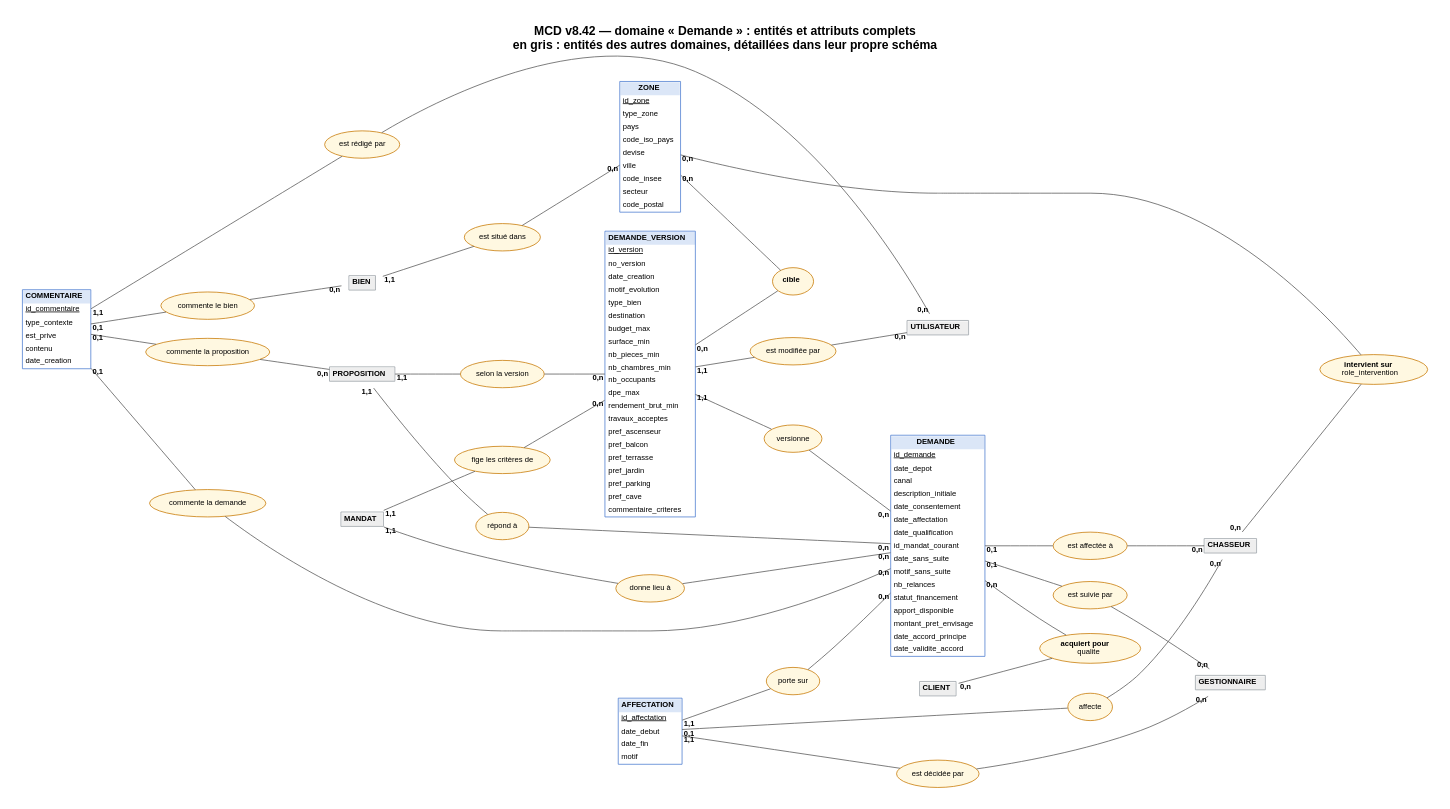
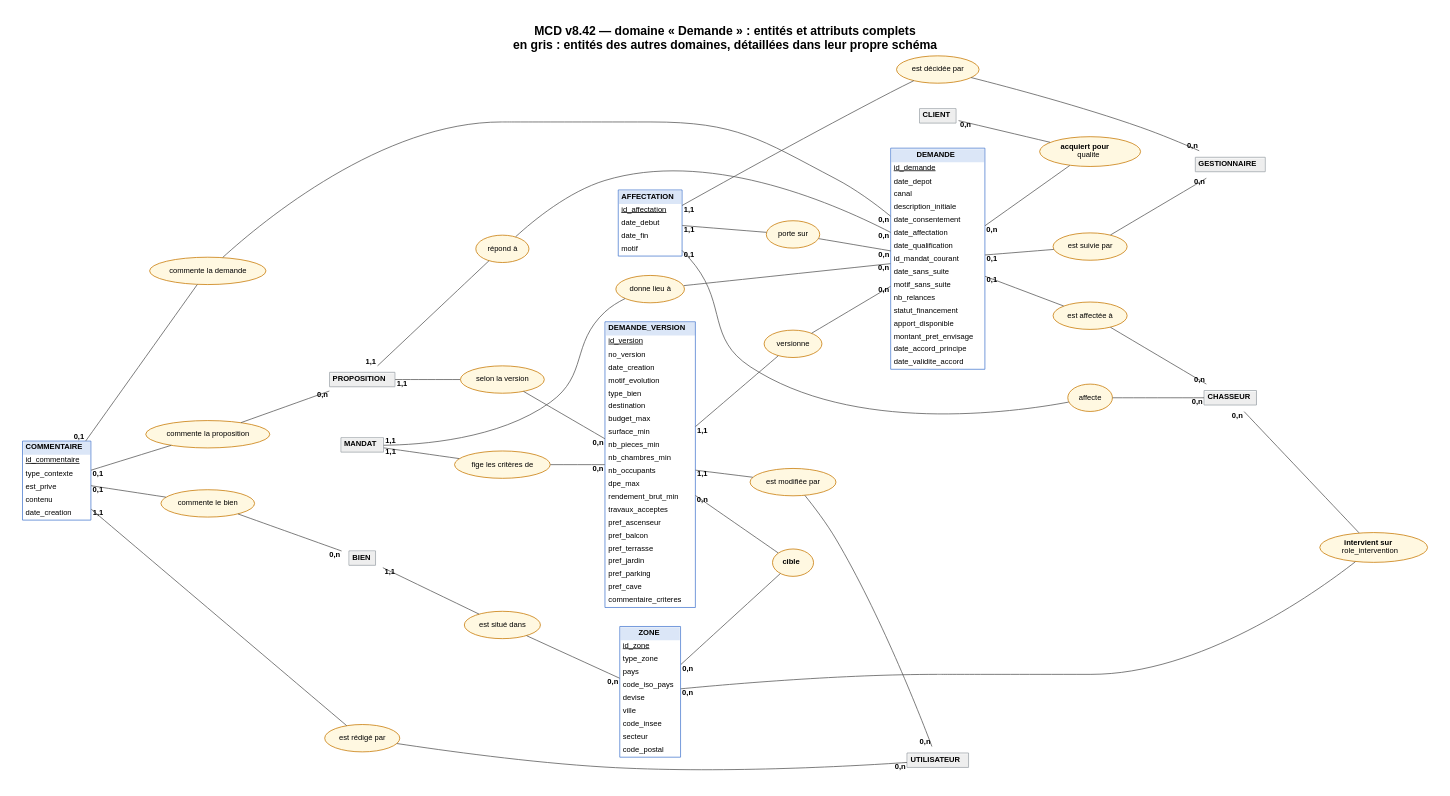
The diagram in livrables/documentation/merise/sources/mcd-demande.dot (Fil-Rouge-Big-Data/Fil-Rouge-EISI-Data-IA-26-D04-StarterPack), drawn with Graphviz before and after one commit. The commit also changed other lines of this file and 14 other files, not shown here.

```diff
--- a/livrables/documentation/merise/sources/mcd-demande.dot
+++ b/livrables/documentation/merise/sources/mcd-demande.dot
@@ -1,75 +1,75 @@
 // GÉNÉRÉ par generer_mcd.py depuis livrables/db/01_ddl.sql : ne pas modifier à la main.
 graph MCD {
   graph [label="MCD v8.42 — domaine « Demande » : entités et attributs complets\nen gris : entités des autres domaines, détaillées dans leur propre schéma", labelloc=t, fontname="Helvetica-Bold", fontsize=16, pad=0.3, splines=true, rankdir=LR, nodesep=0.35, ranksep=1.0];
   node [fontname="Helvetica", fontsize=10];
   edge [fontname="Helvetica-Bold", fontsize=10, color="#555555"];
-  commentaire [shape=none, margin=0, label=<<TABLE BORDER="1" CELLBORDER="0" CELLSPACING="0" CELLPADDING="3" COLOR="#4a7bd0"><TR><TD BGCOLOR="#dbe6f7"><B>COMMENTAIRE</B></TD></TR><TR><TD ALIGN="LEFT"><U>id_commentaire</U></TD></TR><TR><TD ALIGN="LEFT">type_contexte</TD></TR><TR><TD ALIGN="LEFT">est_prive</TD></TR><TR><TD ALIGN="LEFT">contenu</TD></TR><TR><TD ALIGN="LEFT">date_creation</TD></TR></TABLE>>];
   demande_version [shape=none, margin=0, label=<<TABLE BORDER="1" CELLBORDER="0" CELLSPACING="0" CELLPADDING="3" COLOR="#4a7bd0"><TR><TD BGCOLOR="#dbe6f7"><B>DEMANDE_VERSION</B></TD></TR><TR><TD ALIGN="LEFT"><U>id_version</U></TD></TR><TR><TD ALIGN="LEFT">no_version</TD></TR><TR><TD ALIGN="LEFT">date_creation</TD></TR><TR><TD ALIGN="LEFT">motif_evolution</TD></TR><TR><TD ALIGN="LEFT">type_bien</TD></TR><TR><TD ALIGN="LEFT">destination</TD></TR><TR><TD ALIGN="LEFT">budget_max</TD></TR><TR><TD ALIGN="LEFT">surface_min</TD></TR><TR><TD ALIGN="LEFT">nb_pieces_min</TD></TR><TR><TD ALIGN="LEFT">nb_chambres_min</TD></TR><TR><TD ALIGN="LEFT">nb_occupants</TD></TR><TR><TD ALIGN="LEFT">dpe_max</TD></TR><TR><TD ALIGN="LEFT">rendement_brut_min</TD></TR><TR><TD ALIGN="LEFT">travaux_acceptes</TD></TR><TR><TD ALIGN="LEFT">pref_ascenseur</TD></TR><TR><TD ALIGN="LEFT">pref_balcon</TD></TR><TR><TD ALIGN="LEFT">pref_terrasse</TD></TR><TR><TD ALIGN="LEFT">pref_jardin</TD></TR><TR><TD ALIGN="LEFT">pref_parking</TD></TR><TR><TD ALIGN="LEFT">pref_cave</TD></TR><TR><TD ALIGN="LEFT">commentaire_criteres</TD></TR></TABLE>>];
   affectation [shape=none, margin=0, label=<<TABLE BORDER="1" CELLBORDER="0" CELLSPACING="0" CELLPADDING="3" COLOR="#4a7bd0"><TR><TD BGCOLOR="#dbe6f7"><B>AFFECTATION</B></TD></TR><TR><TD ALIGN="LEFT"><U>id_affectation</U></TD></TR><TR><TD ALIGN="LEFT">date_debut</TD></TR><TR><TD ALIGN="LEFT">date_fin</TD></TR><TR><TD ALIGN="LEFT">motif</TD></TR></TABLE>>];
+  commentaire [shape=none, margin=0, label=<<TABLE BORDER="1" CELLBORDER="0" CELLSPACING="0" CELLPADDING="3" COLOR="#4a7bd0"><TR><TD BGCOLOR="#dbe6f7"><B>COMMENTAIRE</B></TD></TR><TR><TD ALIGN="LEFT"><U>id_commentaire</U></TD></TR><TR><TD ALIGN="LEFT">type_contexte</TD></TR><TR><TD ALIGN="LEFT">est_prive</TD></TR><TR><TD ALIGN="LEFT">contenu</TD></TR><TR><TD ALIGN="LEFT">date_creation</TD></TR></TABLE>>];
   zone [shape=none, margin=0, label=<<TABLE BORDER="1" CELLBORDER="0" CELLSPACING="0" CELLPADDING="3" COLOR="#4a7bd0"><TR><TD BGCOLOR="#dbe6f7"><B>ZONE</B></TD></TR><TR><TD ALIGN="LEFT"><U>id_zone</U></TD></TR><TR><TD ALIGN="LEFT">type_zone</TD></TR><TR><TD ALIGN="LEFT">pays</TD></TR><TR><TD ALIGN="LEFT">code_iso_pays</TD></TR><TR><TD ALIGN="LEFT">devise</TD></TR><TR><TD ALIGN="LEFT">ville</TD></TR><TR><TD ALIGN="LEFT">code_insee</TD></TR><TR><TD ALIGN="LEFT">secteur</TD></TR><TR><TD ALIGN="LEFT">code_postal</TD></TR></TABLE>>];
   demande [shape=none, margin=0, label=<<TABLE BORDER="1" CELLBORDER="0" CELLSPACING="0" CELLPADDING="3" COLOR="#4a7bd0"><TR><TD BGCOLOR="#dbe6f7"><B>DEMANDE</B></TD></TR><TR><TD ALIGN="LEFT"><U>id_demande</U></TD></TR><TR><TD ALIGN="LEFT">date_depot</TD></TR><TR><TD ALIGN="LEFT">canal</TD></TR><TR><TD ALIGN="LEFT">description_initiale</TD></TR><TR><TD ALIGN="LEFT">date_consentement</TD></TR><TR><TD ALIGN="LEFT">date_affectation</TD></TR><TR><TD ALIGN="LEFT">date_qualification</TD></TR><TR><TD ALIGN="LEFT">id_mandat_courant</TD></TR><TR><TD ALIGN="LEFT">date_sans_suite</TD></TR><TR><TD ALIGN="LEFT">motif_sans_suite</TD></TR><TR><TD ALIGN="LEFT">nb_relances</TD></TR><TR><TD ALIGN="LEFT">statut_financement</TD></TR><TR><TD ALIGN="LEFT">apport_disponible</TD></TR><TR><TD ALIGN="LEFT">montant_pret_envisage</TD></TR><TR><TD ALIGN="LEFT">date_accord_principe</TD></TR><TR><TD ALIGN="LEFT">date_validite_accord</TD></TR></TABLE>>];
   bien [shape=none, margin=0, label=<<TABLE BORDER="1" CELLBORDER="0" CELLSPACING="0" CELLPADDING="3" COLOR="#9aa0a6"><TR><TD BGCOLOR="#eeeeee"><B>BIEN</B></TD></TR></TABLE>>];
   chasseur [shape=none, margin=0, label=<<TABLE BORDER="1" CELLBORDER="0" CELLSPACING="0" CELLPADDING="3" COLOR="#9aa0a6"><TR><TD BGCOLOR="#eeeeee"><B>CHASSEUR</B></TD></TR></TABLE>>];
   client [shape=none, margin=0, label=<<TABLE BORDER="1" CELLBORDER="0" CELLSPACING="0" CELLPADDING="3" COLOR="#9aa0a6"><TR><TD BGCOLOR="#eeeeee"><B>CLIENT</B></TD></TR></TABLE>>];
   gestionnaire [shape=none, margin=0, label=<<TABLE BORDER="1" CELLBORDER="0" CELLSPACING="0" CELLPADDING="3" COLOR="#9aa0a6"><TR><TD BGCOLOR="#eeeeee"><B>GESTIONNAIRE</B></TD></TR></TABLE>>];
   mandat [shape=none, margin=0, label=<<TABLE BORDER="1" CELLBORDER="0" CELLSPACING="0" CELLPADDING="3" COLOR="#9aa0a6"><TR><TD BGCOLOR="#eeeeee"><B>MANDAT</B></TD></TR></TABLE>>];
   proposition [shape=none, margin=0, label=<<TABLE BORDER="1" CELLBORDER="0" CELLSPACING="0" CELLPADDING="3" COLOR="#9aa0a6"><TR><TD BGCOLOR="#eeeeee"><B>PROPOSITION</B></TD></TR></TABLE>>];
   utilisateur [shape=none, margin=0, label=<<TABLE BORDER="1" CELLBORDER="0" CELLSPACING="0" CELLPADDING="3" COLOR="#9aa0a6"><TR><TD BGCOLOR="#eeeeee"><B>UTILISATEUR</B></TD></TR></TABLE>>];
   demande_acquereur [shape=ellipse, style=filled, fillcolor="#fff8e1", color="#c77700", label=<<B>acquiert pour</B><BR/>qualite>];
   version_zone [shape=ellipse, style=filled, fillcolor="#fff8e1", color="#c77700", label=<<B>cible</B>>];
   chasseur_zone [shape=ellipse, style=filled, fillcolor="#fff8e1", color="#c77700", label=<<B>intervient sur</B><BR/>role_intervention>];
   a1 [shape=ellipse, style=filled, fillcolor="#fff8e1", color="#c77700", label="est suivie par"];
   a2 [shape=ellipse, style=filled, fillcolor="#fff8e1", color="#c77700", label="est affectée à"];
   a3 [shape=ellipse, style=filled, fillcolor="#fff8e1", color="#c77700", label="porte sur"];
   a4 [shape=ellipse, style=filled, fillcolor="#fff8e1", color="#c77700", label="est décidée par"];
   a5 [shape=ellipse, style=filled, fillcolor="#fff8e1", color="#c77700", label="affecte"];
   a6 [shape=ellipse, style=filled, fillcolor="#fff8e1", color="#c77700", label="versionne"];
   a7 [shape=ellipse, style=filled, fillcolor="#fff8e1", color="#c77700", label="est modifiée par"];
   a8 [shape=ellipse, style=filled, fillcolor="#fff8e1", color="#c77700", label="donne lieu à"];
   a11 [shape=ellipse, style=filled, fillcolor="#fff8e1", color="#c77700", label="fige les critères de"];
   a17 [shape=ellipse, style=filled, fillcolor="#fff8e1", color="#c77700", label="est situé dans"];
   a19 [shape=ellipse, style=filled, fillcolor="#fff8e1", color="#c77700", label="répond à"];
   a21 [shape=ellipse, style=filled, fillcolor="#fff8e1", color="#c77700", label="selon la version"];
   a24 [shape=ellipse, style=filled, fillcolor="#fff8e1", color="#c77700", label="est rédigé par"];
   a25 [shape=ellipse, style=filled, fillcolor="#fff8e1", color="#c77700", label="commente la demande"];
   a26 [shape=ellipse, style=filled, fillcolor="#fff8e1", color="#c77700", label="commente la proposition"];
   a27 [shape=ellipse, style=filled, fillcolor="#fff8e1", color="#c77700", label="commente le bien"];
   demande -- demande_acquereur [taillabel="0,n"];
   client -- demande_acquereur [taillabel="0,n"];
   demande_version -- version_zone [taillabel="0,n"];
   zone -- version_zone [taillabel="0,n"];
   chasseur -- chasseur_zone [taillabel="0,n"];
   zone -- chasseur_zone [taillabel="0,n"];
   demande -- a1 [taillabel="0,1"];
   a1 -- gestionnaire [headlabel="0,n"];
   demande -- a2 [taillabel="0,1"];
   a2 -- chasseur [headlabel="0,n"];
   affectation -- a3 [taillabel="1,1"];
   a3 -- demande [headlabel="0,n"];
   affectation -- a4 [taillabel="1,1"];
   a4 -- gestionnaire [headlabel="0,n"];
   affectation -- a5 [taillabel="0,1"];
   a5 -- chasseur [headlabel="0,n"];
   demande_version -- a6 [taillabel="1,1"];
   a6 -- demande [headlabel="0,n"];
   demande_version -- a7 [taillabel="1,1"];
   a7 -- utilisateur [headlabel="0,n"];
   mandat -- a8 [taillabel="1,1"];
   a8 -- demande [headlabel="0,n"];
   mandat -- a11 [taillabel="1,1"];
   a11 -- demande_version [headlabel="0,n"];
   bien -- a17 [taillabel="1,1"];
   a17 -- zone [headlabel="0,n"];
   proposition -- a19 [taillabel="1,1"];
   a19 -- demande [headlabel="0,n"];
   proposition -- a21 [taillabel="1,1"];
   a21 -- demande_version [headlabel="0,n"];
   commentaire -- a24 [taillabel="1,1"];
   a24 -- utilisateur [headlabel="0,n"];
   commentaire -- a25 [taillabel="0,1"];
   a25 -- demande [headlabel="0,n"];
   commentaire -- a26 [taillabel="0,1"];
   a26 -- proposition [headlabel="0,n"];
   commentaire -- a27 [taillabel="0,1"];
   a27 -- bien [headlabel="0,n"];
 }
```
